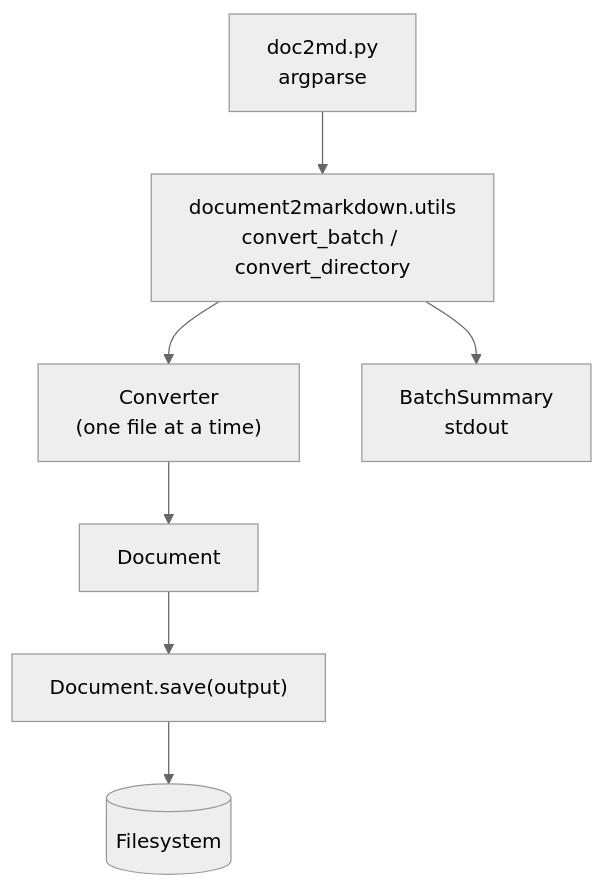
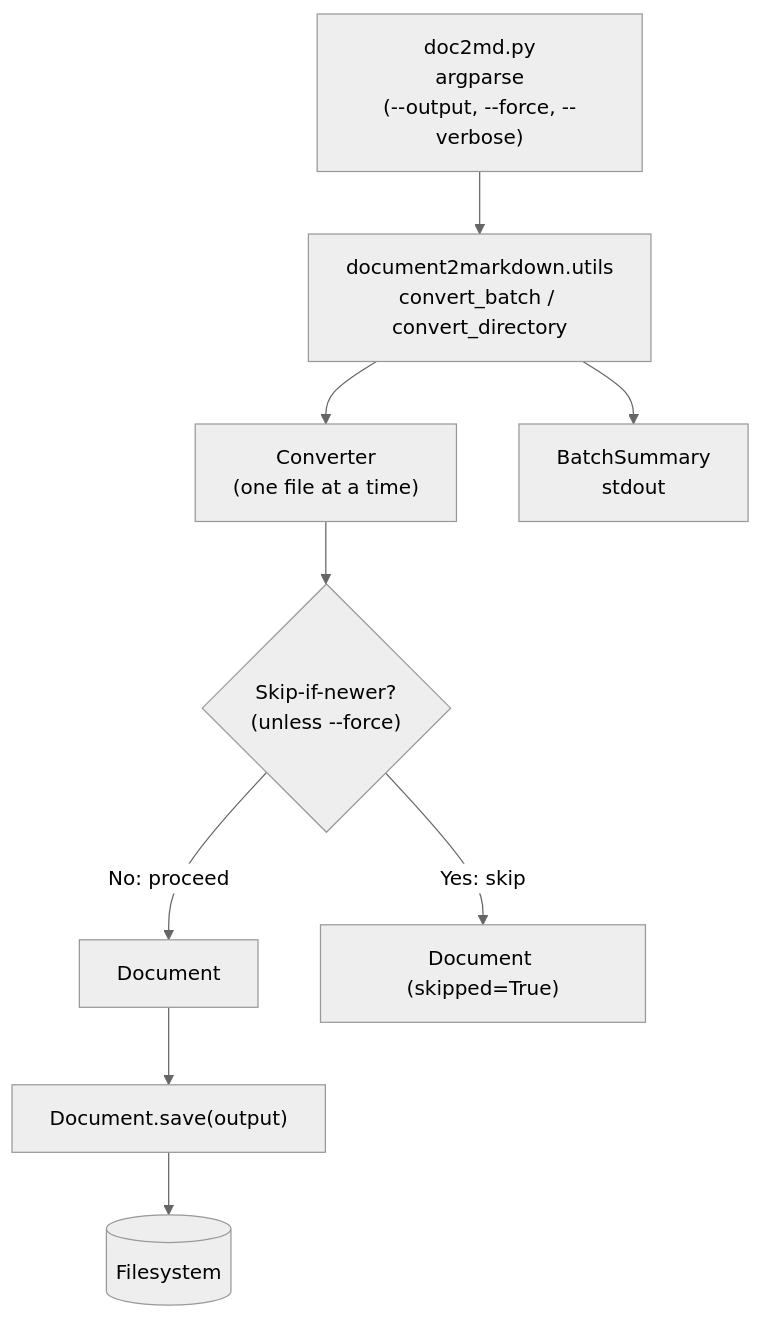
Before and after one commit to berkakinci/document2markdown: the second of 2 diagrams in docs/spec/design.md, drawn with Mermaid (neutral theme). The commit also changed other lines of this file and 2 other files, not shown here.

Commit message:
spec: update Requirement 3 Output Handling — default dir, mirroring, skip-if-newer

````diff
--- a/docs/spec/design.md
+++ b/docs/spec/design.md
@@ -52,10 +52,12 @@
 ```mermaid
 flowchart TD
-    CLI["doc2md.py\nargparse"]
+    CLI["doc2md.py\nargparse\n(--output, --force, --verbose)"]
     CLI --> Utils["document2markdown.utils\nconvert_batch / convert_directory"]
     Utils --> Conv["Converter\n(one file at a time)"]
-    Conv --> Doc["Document"]
+    Conv --> Skip{"Skip-if-newer?\n(unless --force)"}
+    Skip -->|No: proceed| Doc["Document"]
+    Skip -->|Yes: skip| Skipped["Document (skipped=True)"]
     Doc --> Save["Document.save(output)"]
     Save --> FS[("Filesystem")]
     Utils --> Summary["BatchSummary\nstdout"]
 ```
````
